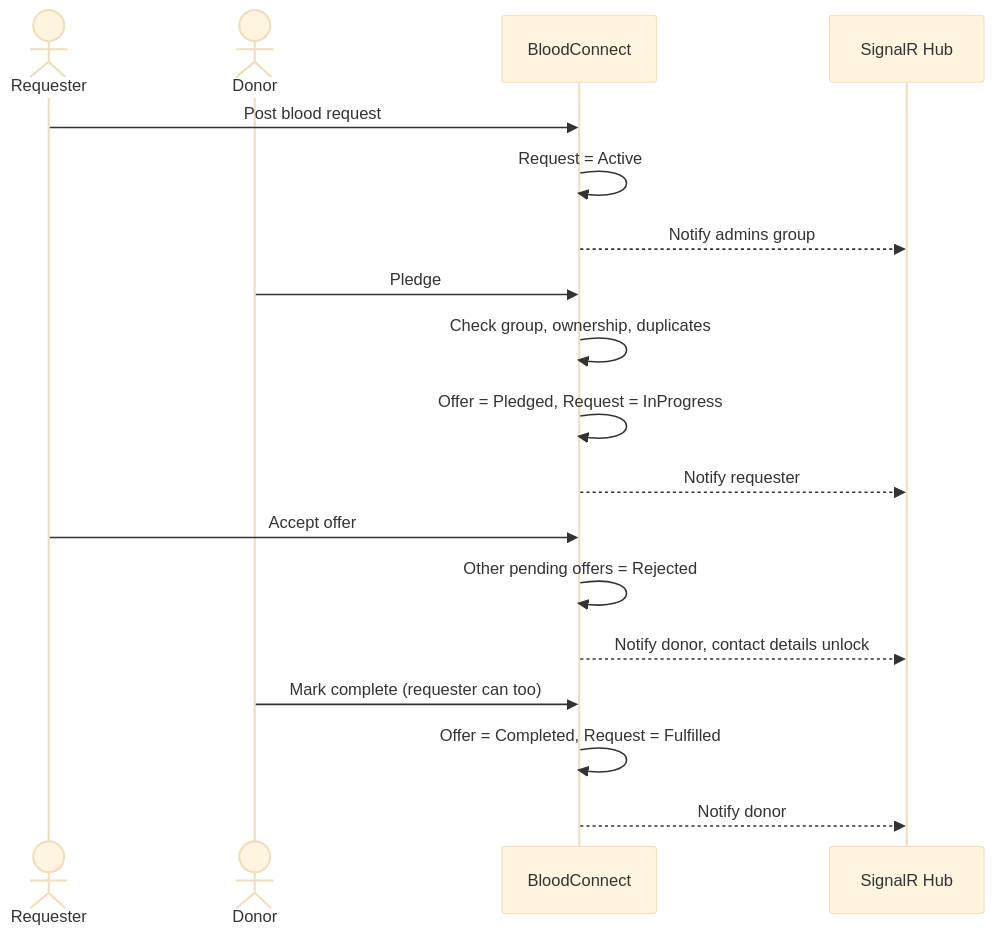
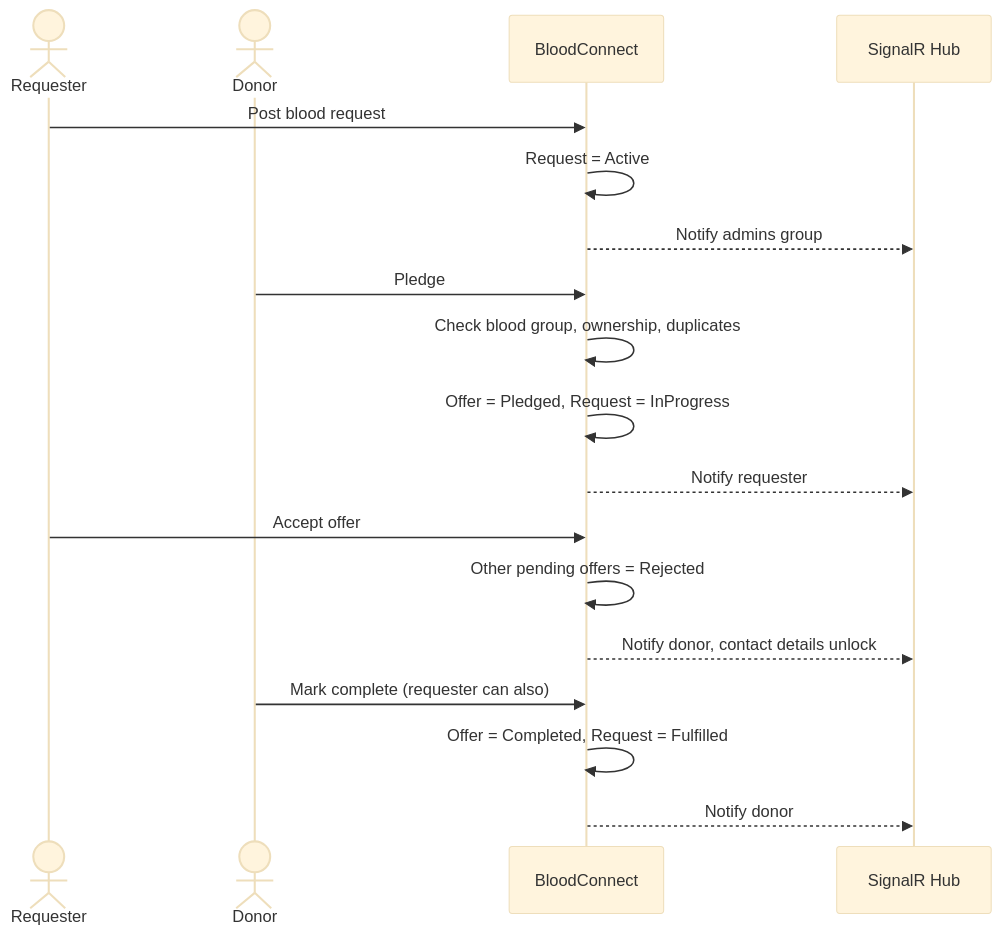
One commit to rajputpri/BloodConnector changed the fifth of 5 diagrams in README.md. Above: the diagram before and after it, drawn with Mermaid (base theme). The commit also changed other lines of this file and 2 other files, not shown here.

````diff
--- a/README.md
+++ b/README.md
@@ -237,20 +477,20 @@
 ```mermaid
 sequenceDiagram
     actor O as Requester
     actor D as Donor
     participant A as BloodConnect
     participant H as SignalR Hub
     O->>A: Post blood request
     A->>A: Request = Active
     A-->>H: Notify admins group
     D->>A: Pledge
-    A->>A: Check group, ownership, duplicates
+    A->>A: Check blood group, ownership, duplicates
     A->>A: Offer = Pledged, Request = InProgress
     A-->>H: Notify requester
     O->>A: Accept offer
     A->>A: Other pending offers = Rejected
     A-->>H: Notify donor, contact details unlock
-    D->>A: Mark complete (requester can too)
+    D->>A: Mark complete (requester can also)
     A->>A: Offer = Completed, Request = Fulfilled
     A-->>H: Notify donor
 ```
````
